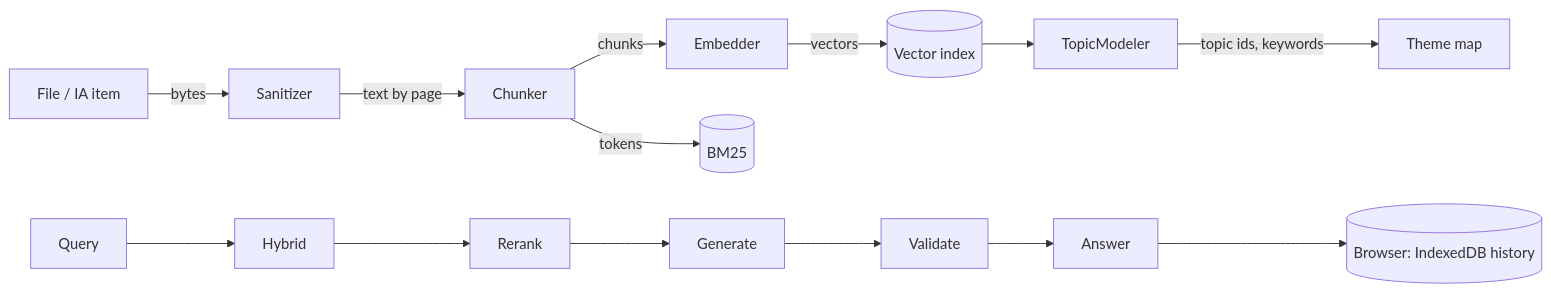
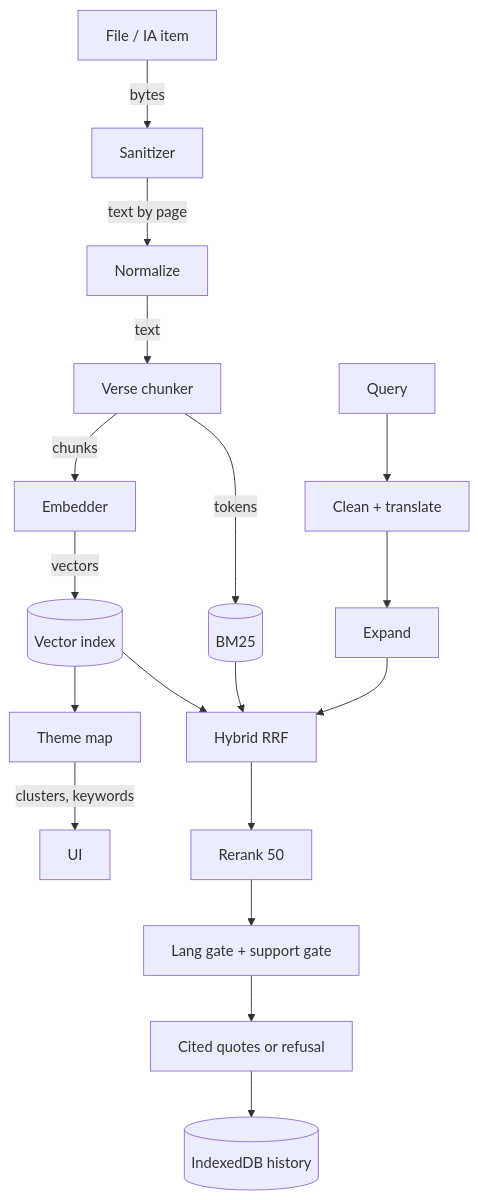
Before and after one commit to IgorCSIS/scripture-rag: the fifth of 9 diagrams in docs/ARCHITECTURE.md, drawn with Mermaid. The commit also changed other lines of this file and 5 other files, not shown here.

Commit message:
README and ARCHITECTURE match the final extractive pipeline: two gates, translation, verse chunks, parity; descriptive alt text; fresh screenshots

````diff
--- a/docs/ARCHITECTURE.md
+++ b/docs/ARCHITECTURE.md
@@ -90,8 +91,10 @@
 ```mermaid
-flowchart LR
-  F[File / IA item] -->|bytes| S[Sanitizer] -->|text by page| C[Chunker] -->|chunks| E[Embedder] -->|vectors| DB[(Vector index)]
+flowchart TB
+  F[File / IA item] -->|bytes| S[Sanitizer] -->|text by page| N[Normalize] -->|text| C[Verse chunker] -->|chunks| E[Embedder] -->|vectors| DB[(Vector index)]
   C -->|tokens| B[(BM25)]
-  DB --> T[TopicModeler] -->|topic ids, keywords| MAP[Theme map]
-  Q[Query] --> H[Hybrid] --> K[Rerank] --> G[Generate] --> V[Validate] --> O[Answer]
-  O --> HIST[(Browser: IndexedDB history)]
+  DB --> T[Theme map] -->|clusters, keywords| MAP[UI]
+  Q[Query] --> CL[Clean + translate] --> X[Expand] --> H[Hybrid RRF] --> K[Rerank 50] --> GT[Lang gate + support gate] --> O[Cited quotes or refusal]
+  B --> H
+  DB --> H
+  O --> HIST[(IndexedDB history)]
 ```
````
